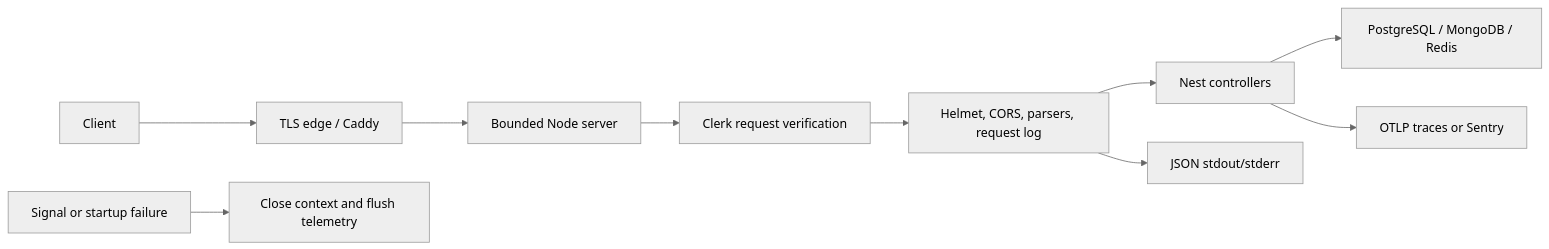
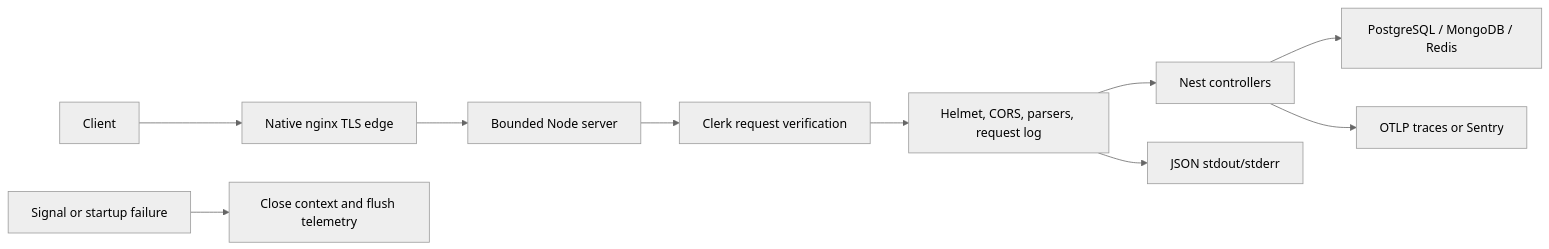
The diagram in docs/backend/mechanisms/runtime-operations.md (johnakisk0700/slopform), drawn with Mermaid (neutral theme) before and after one commit. The commit also changed 15 other files, not shown here.

````diff
--- a/docs/backend/mechanisms/runtime-operations.md
+++ b/docs/backend/mechanisms/runtime-operations.md
@@ -15,12 +15,12 @@
 ```mermaid
 flowchart LR
-  Client["Client"] --> Edge["TLS edge / Caddy"]
+  Client["Client"] --> Edge["Native nginx TLS edge"]
   Edge --> Server["Bounded Node server"]
   Server --> Auth["Clerk request verification"]
   Auth --> Middleware["Helmet, CORS, parsers, request log"]
   Middleware --> Nest["Nest controllers"]
   Nest --> Dependencies["PostgreSQL / MongoDB / Redis"]
   Middleware --> Logs["JSON stdout/stderr"]
   Nest --> Telemetry["OTLP traces or Sentry"]
   Signal["Signal or startup failure"] --> Lifecycle["Close context and flush telemetry"]
 ```
````
